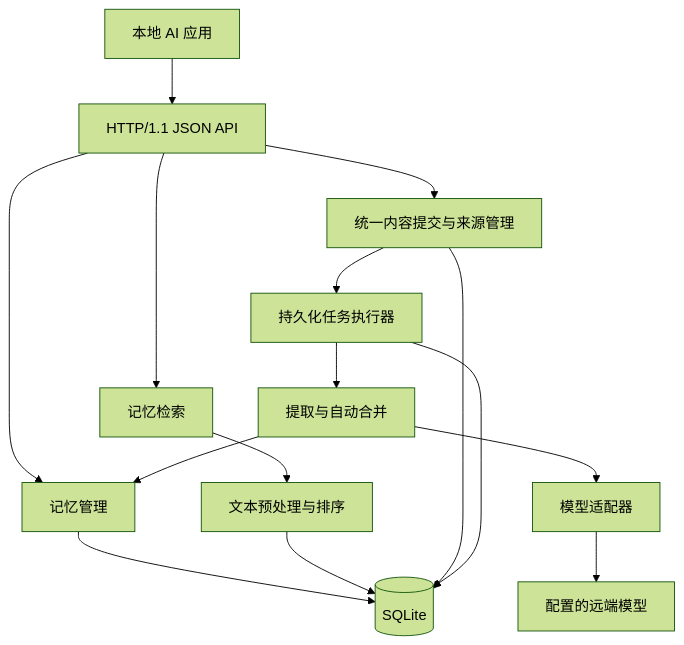
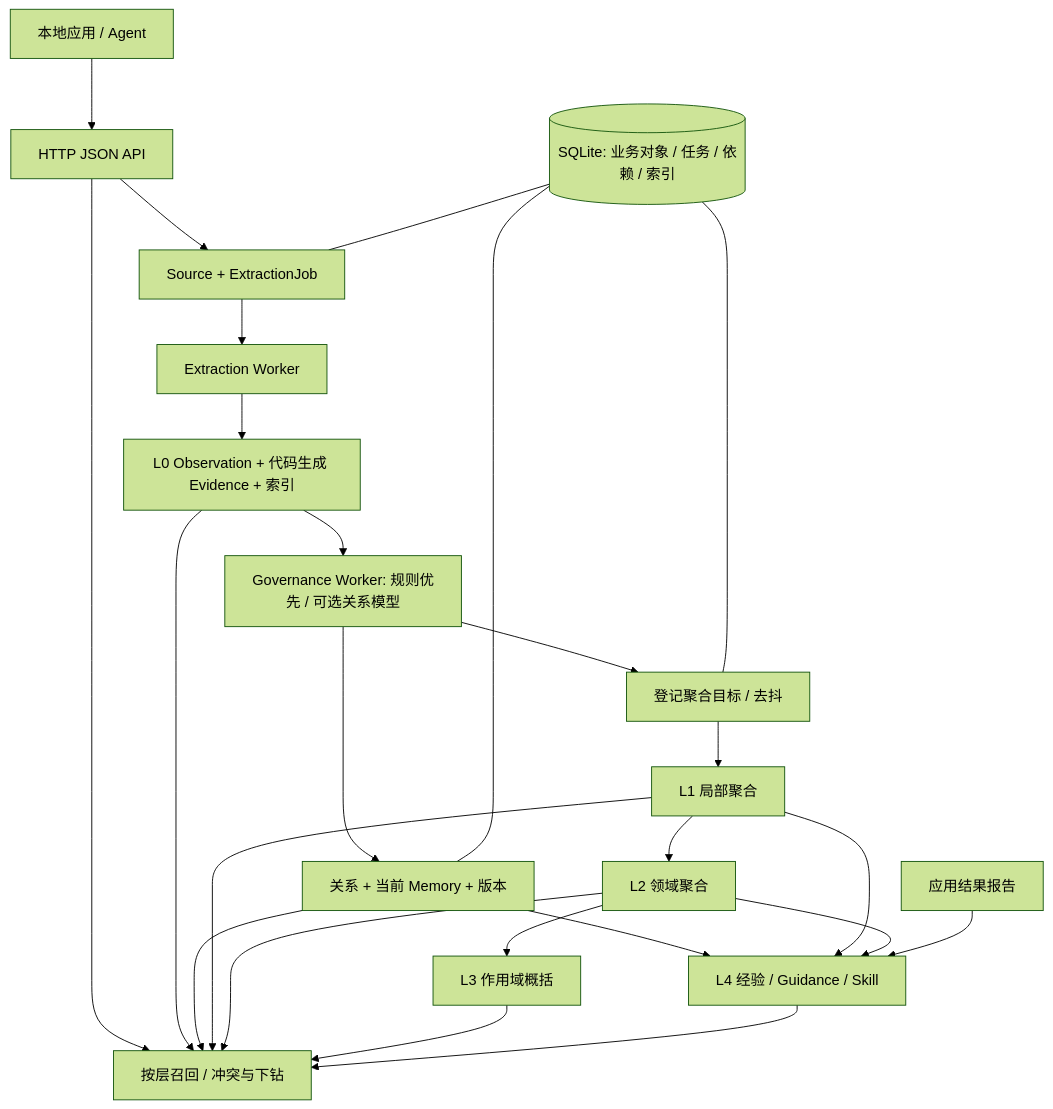
Before and after one commit to N0rthHXD/dmemd: the diagram in docs/系统 AI 记忆服务架构设计.md, drawn with Mermaid (forest theme). The commit also changed other lines of this file and 262 other files, not shown here.

````diff
--- a/docs/系统 AI 记忆服务架构设计.md
+++ b/docs/系统 AI 记忆服务架构设计.md
@@ -24,19 +39,27 @@
 ```mermaid
 flowchart TD
-    A[本地 AI 应用] --> H[HTTP/1.1 JSON API]
-    H --> M[记忆管理]
-    H --> R[记忆检索]
-    H --> S[统一内容提交与来源管理]
-
-    S --> W[持久化任务执行器]
-    W --> E[提取与自动合并]
-    E --> P[模型适配器]
-    P --> L[配置的远端模型]
-    E --> M
-
-    R --> T[文本预处理与排序]
-    M --> D[(SQLite)]
-    T --> D
-    S --> D
-    W --> D
+    A[本地应用 / Agent] --> H[HTTP JSON API]
+    H --> S[Source + ExtractionJob]
+    S --> E[Extraction Worker]
+    E --> O[L0 Observation + 代码生成 Evidence + 索引]
+    O --> G[Governance Worker: 规则优先 / 可选关系模型]
+    G --> M[关系 + 当前 Memory + 版本]
+    G --> T[登记聚合目标 / 去抖]
+    T --> L1[L1 局部聚合]
+    L1 --> L2[L2 领域聚合]
+    L2 --> L3[L3 作用域概括]
+    M --> L4[L4 经验 / Guidance / Skill]
+    L1 --> L4
+    L2 --> L4
+    X[应用结果报告] --> L4
+    H --> R[按层召回 / 冲突与下钻]
+    O --> R
+    M --> R
+    L1 --> R
+    L2 --> R
+    L3 --> R
+    L4 --> R
+    D[(SQLite: 业务对象 / 任务 / 依赖 / 索引)] --- S
+    D --- M
+    D --- T
 ```
````
